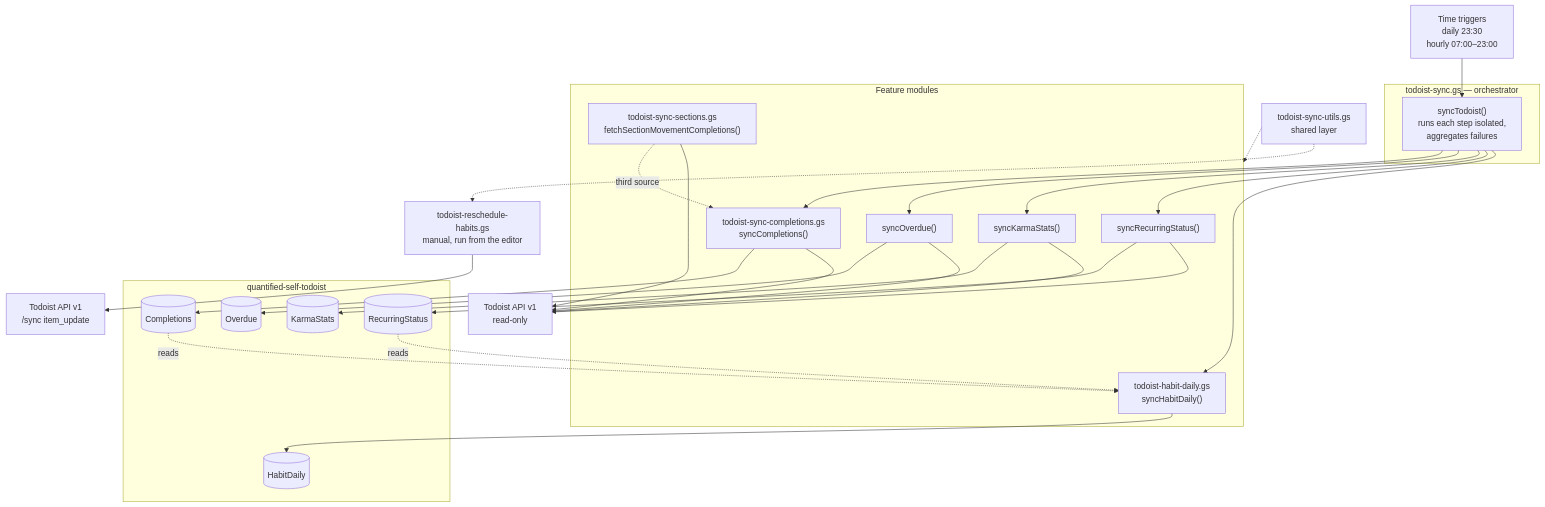
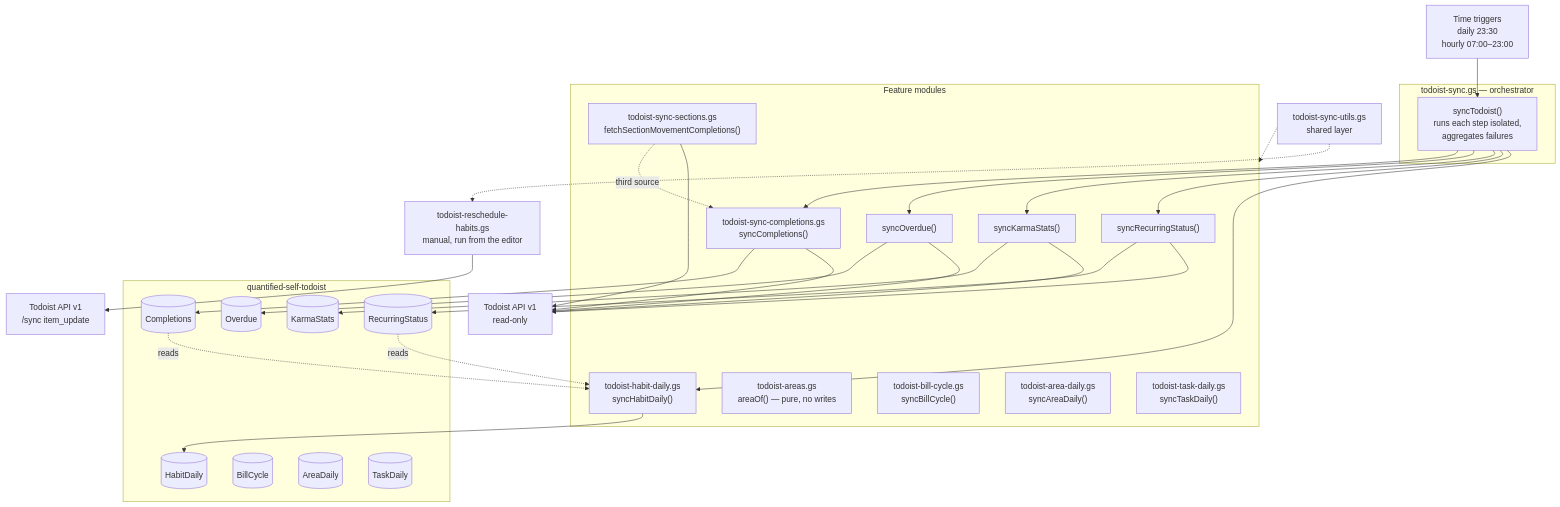
Before and after one commit to AlbertoMata/quantified-self: the diagram in docs/todoist/architecture.md, drawn with Mermaid. The commit also changed other lines of this file and 20 other files, not shown here.

````diff
--- a/docs/todoist/architecture.md
+++ b/docs/todoist/architecture.md
@@ -33,49 +33,56 @@
 ```mermaid
 flowchart TD
     TRIG["Time triggers<br/>daily 23:30<br/>hourly 07:00–23:00"] --> ORCH
 
     subgraph Entry["todoist-sync.gs — orchestrator"]
         ORCH["syncTodoist()<br/>runs each step isolated,<br/>aggregates failures"]
     end
 
     subgraph Modules["Feature modules"]
         COMP["todoist-sync-completions.gs<br/>syncCompletions()"]
         SECT["todoist-sync-sections.gs<br/>fetchSectionMovementCompletions()"]
         OVER["syncOverdue()"]
         KARMA["syncKarmaStats()"]
         RECUR["syncRecurringStatus()"]
         HABIT["todoist-habit-daily.gs<br/>syncHabitDaily()"]
+        AREAS["todoist-areas.gs<br/>areaOf() — pure, no writes"]
+        BILL["todoist-bill-cycle.gs<br/>syncBillCycle()"]
+        ADAY["todoist-area-daily.gs<br/>syncAreaDaily()"]
+        TDAY["todoist-task-daily.gs<br/>syncTaskDaily()"]
     end
 
     subgraph Sheets["quantified-self-todoist"]
         T1[("Completions")]
         T2[("Overdue")]
         T3[("KarmaStats")]
         T4[("RecurringStatus")]
         T5[("HabitDaily")]
+        T6[("BillCycle")]
+        T7[("AreaDaily")]
+        T8[("TaskDaily")]
     end
 
     API["Todoist API v1<br/>read-only"]
     WAPI["Todoist API v1<br/>/sync item_update"]
 
     ORCH --> COMP --> T1
     ORCH --> OVER --> T2
     ORCH --> KARMA --> T3
     ORCH --> RECUR --> T4
     ORCH --> HABIT --> T5
 
     SECT -.->|third source| COMP
     COMP --> API
     OVER --> API
     KARMA --> API
     RECUR --> API
     SECT --> API
 
     T1 -.->|reads| HABIT
     T4 -.->|reads| HABIT
 
     RESCHED["todoist-reschedule-habits.gs<br/>manual, run from the editor"] --> WAPI
 
     UTIL["todoist-sync-utils.gs<br/>shared layer"] -.-> Modules
     UTIL -.-> RESCHED
 ```
````
